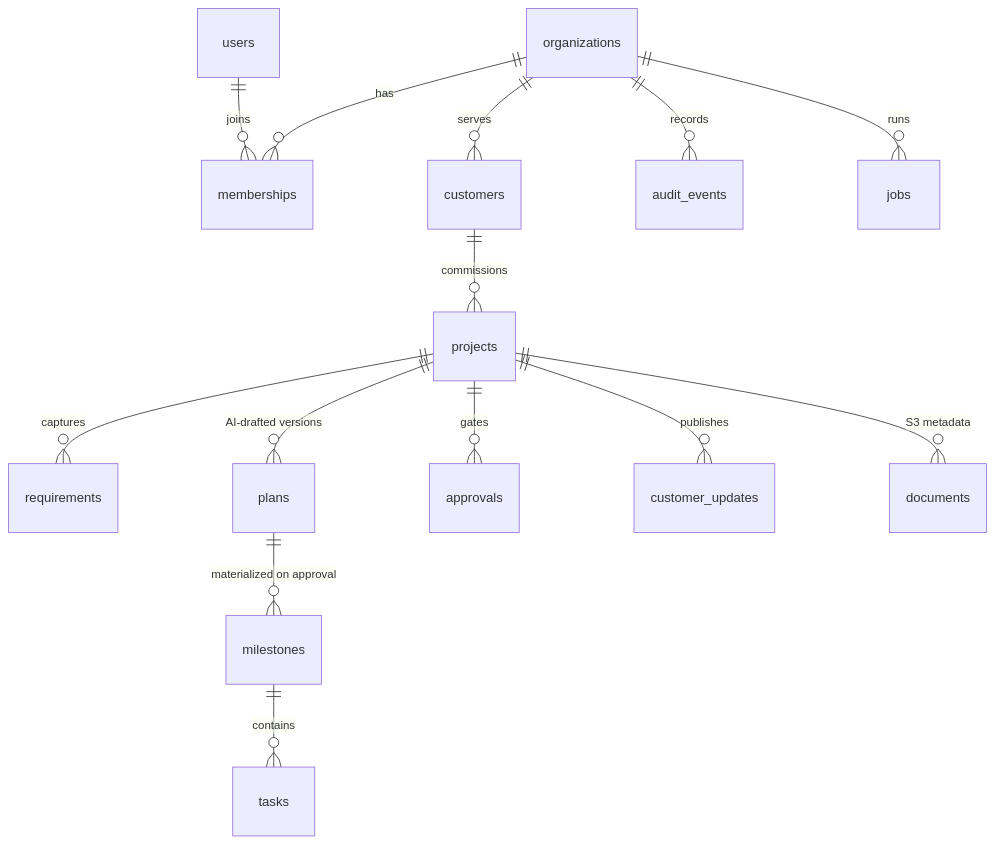
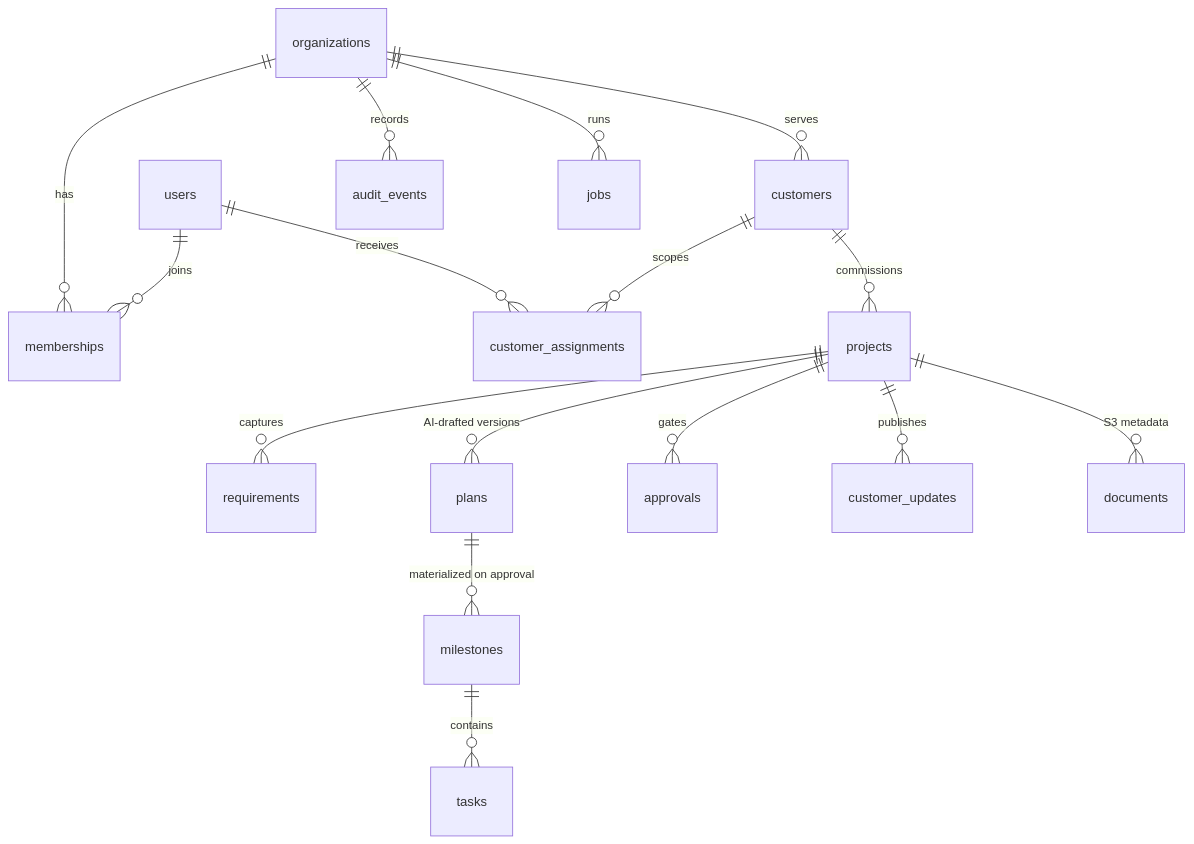
The second of 3 diagrams in README.md (BMcCarthy96/enterprise-ai-implementation-workbench), drawn with Mermaid before and after one commit. The commit also changed other lines of this file and 84 other files, not shown here.

````diff
--- a/README.md
+++ b/README.md
@@ -138,16 +140,18 @@
 ```mermaid
 erDiagram
     organizations ||--o{ memberships : has
     users ||--o{ memberships : joins
     organizations ||--o{ customers : serves
+    users ||--o{ customer_assignments : receives
+    customers ||--o{ customer_assignments : scopes
     customers ||--o{ projects : commissions
     projects ||--o{ requirements : captures
     projects ||--o{ plans : "AI-drafted versions"
     plans ||--o{ milestones : "materialized on approval"
     milestones ||--o{ tasks : contains
     projects ||--o{ approvals : gates
     projects ||--o{ customer_updates : publishes
     projects ||--o{ documents : "S3 metadata"
     organizations ||--o{ audit_events : records
     organizations ||--o{ jobs : runs
 ```
````
